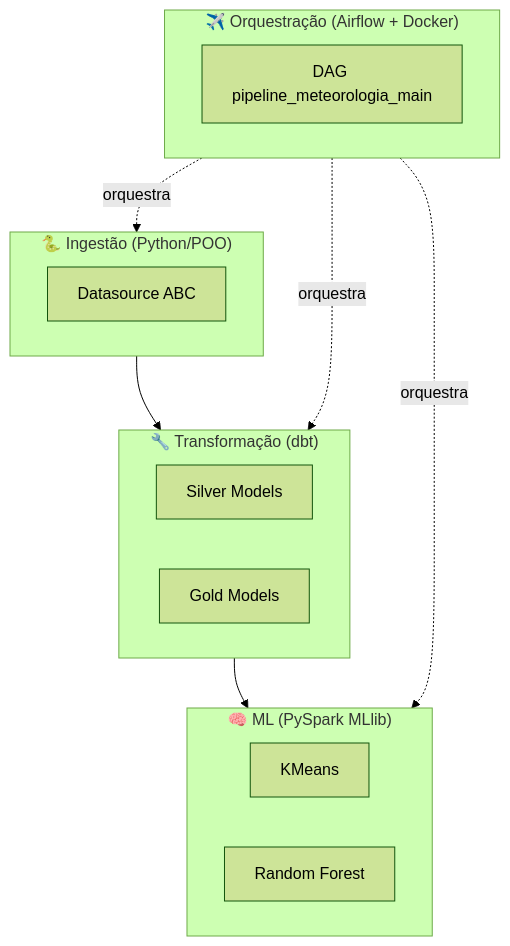
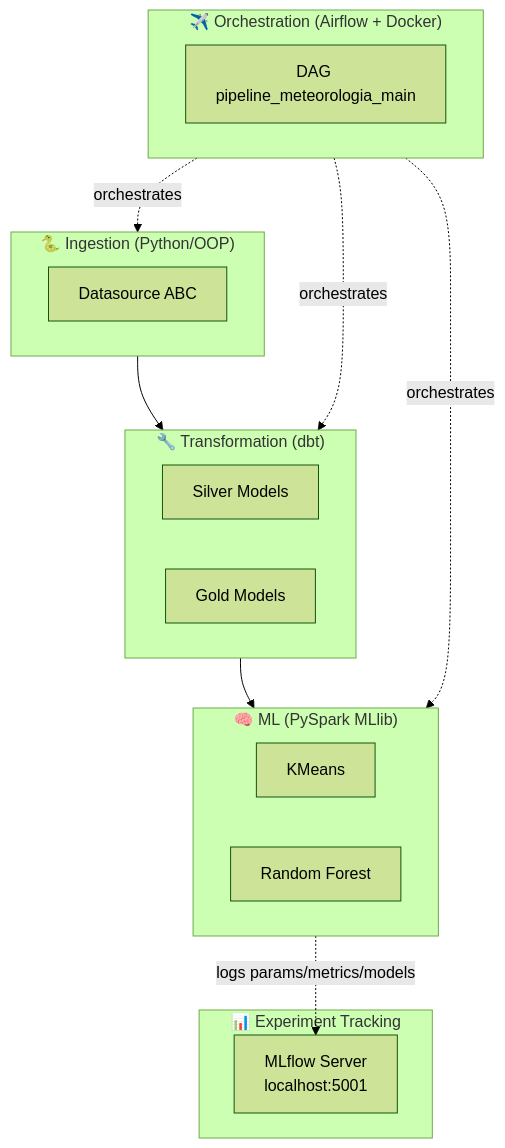
The first of 4 diagrams in README.md (levi549/meteorologia), drawn with Mermaid (forest theme) before and after one commit. The commit also changed other lines of this file, not shown here.

````diff
--- a/README.md
+++ b/README.md
@@ -108,22 +108,26 @@
 ```mermaid
 flowchart TB
-    subgraph Ingestão["🐍 Ingestão (Python/POO)"]
+    subgraph Ingestion["🐍 Ingestion (Python/OOP)"]
         I1[Datasource ABC]
     end
-    subgraph Transformação["🔧 Transformação (dbt)"]
+    subgraph Transformation["🔧 Transformation (dbt)"]
         T1[Silver Models]
         T2[Gold Models]
     end
     subgraph MLLayer["🧠 ML (PySpark MLlib)"]
         M1[KMeans]
         M2[Random Forest]
     end
-    subgraph Orquestração["✈️ Orquestração (Airflow + Docker)"]
+    subgraph Tracking["📊 Experiment Tracking"]
+        MF[MLflow Server<br/>localhost:5001]
+    end
+    subgraph Orquestração["✈️ Orchestration (Airflow + Docker)"]
         O1[DAG pipeline_meteorologia_main]
     end
  
-    Ingestão --> Transformação --> MLLayer
-    Orquestração -.orquestra.-> Ingestão
-    Orquestração -.orquestra.-> Transformação
-    Orquestração -.orquestra.-> MLLayer
+    Ingestion --> Transformation --> MLLayer
+    MLLayer -.logs params/metrics/models.-> MF
+    Orquestração -.orchestrates.-> Ingestion
+    Orquestração -.orchestrates.-> Transformation
+    Orquestração -.orchestrates.-> MLLayer
 ```
````
